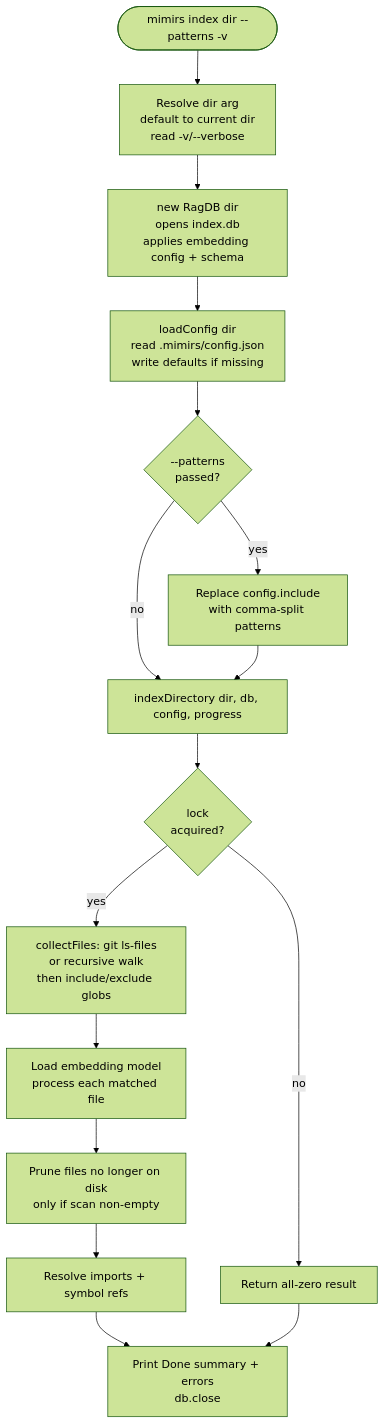
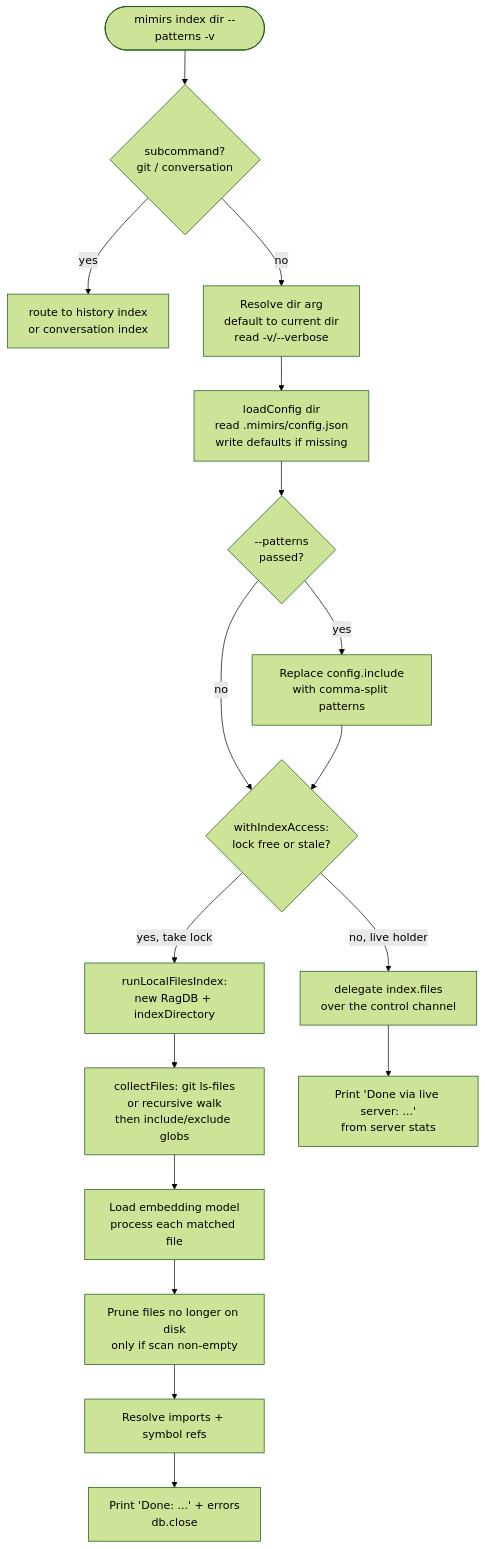
Before and after one commit to TheWinci/mimirs: the diagram in wiki/cli/index.md, drawn with Mermaid (forest theme). The commit also changed other lines of this file and 12 other files, not shown here.

First line of the commit message:
docs(wiki): cross-repo + command-channel pages; refresh delegation flows

````diff
--- a/wiki/cli/index.md
+++ b/wiki/cli/index.md
@@ -11,18 +24,19 @@
 ```mermaid
 flowchart TD
-    startNode([mimirs index dir --patterns -v]) --> resolveDir[Resolve dir arg<br>default to current dir<br>read -v/--verbose]
-    resolveDir --> openDB[new RagDB dir<br>opens index.db<br>applies embedding config + schema]
-    openDB --> cfg[loadConfig dir<br>read .mimirs/config.json<br>write defaults if missing]
+    startNode([mimirs index dir --patterns -v]) --> sub{subcommand?<br>git / conversation}
+    sub -- yes --> alias[route to history index<br>or conversation index]
+    sub -- no --> resolveDir[Resolve dir arg<br>default to current dir<br>read -v/--verbose]
+    resolveDir --> cfg[loadConfig dir<br>read .mimirs/config.json<br>write defaults if missing]
     cfg --> patternsCheck{--patterns<br>passed?}
     patternsCheck -- yes --> override[Replace config.include<br>with comma-split patterns]
-    patternsCheck -- no --> runIdx
-    override --> runIdx[indexDirectory dir, db, config, progress]
-    runIdx --> locked{lock<br>acquired?}
-    locked -- no --> zero[Return all-zero result]
-    locked -- yes --> scan[collectFiles: git ls-files<br>or recursive walk<br>then include/exclude globs]
+    patternsCheck -- no --> access
+    override --> access{withIndexAccess:<br>lock free or stale?}
+    access -- yes, take lock --> runLocal[runLocalFilesIndex:<br>new RagDB + indexDirectory]
+    access -- no, live holder --> delegate[delegate index.files<br>over the control channel]
+    runLocal --> scan[collectFiles: git ls-files<br>or recursive walk<br>then include/exclude globs]
     scan --> model[Load embedding model<br>process each matched file]
     model --> prune[Prune files no longer on disk<br>only if scan non-empty]
     prune --> resolveStep[Resolve imports + symbol refs]
-    resolveStep --> summary
-    zero --> summary[Print Done summary + errors<br>db.close]
+    resolveStep --> localSummary[Print 'Done: ...' + errors<br>db.close]
+    delegate --> remoteSummary[Print 'Done via live server: ...'<br>from server stats]
 ```
````
